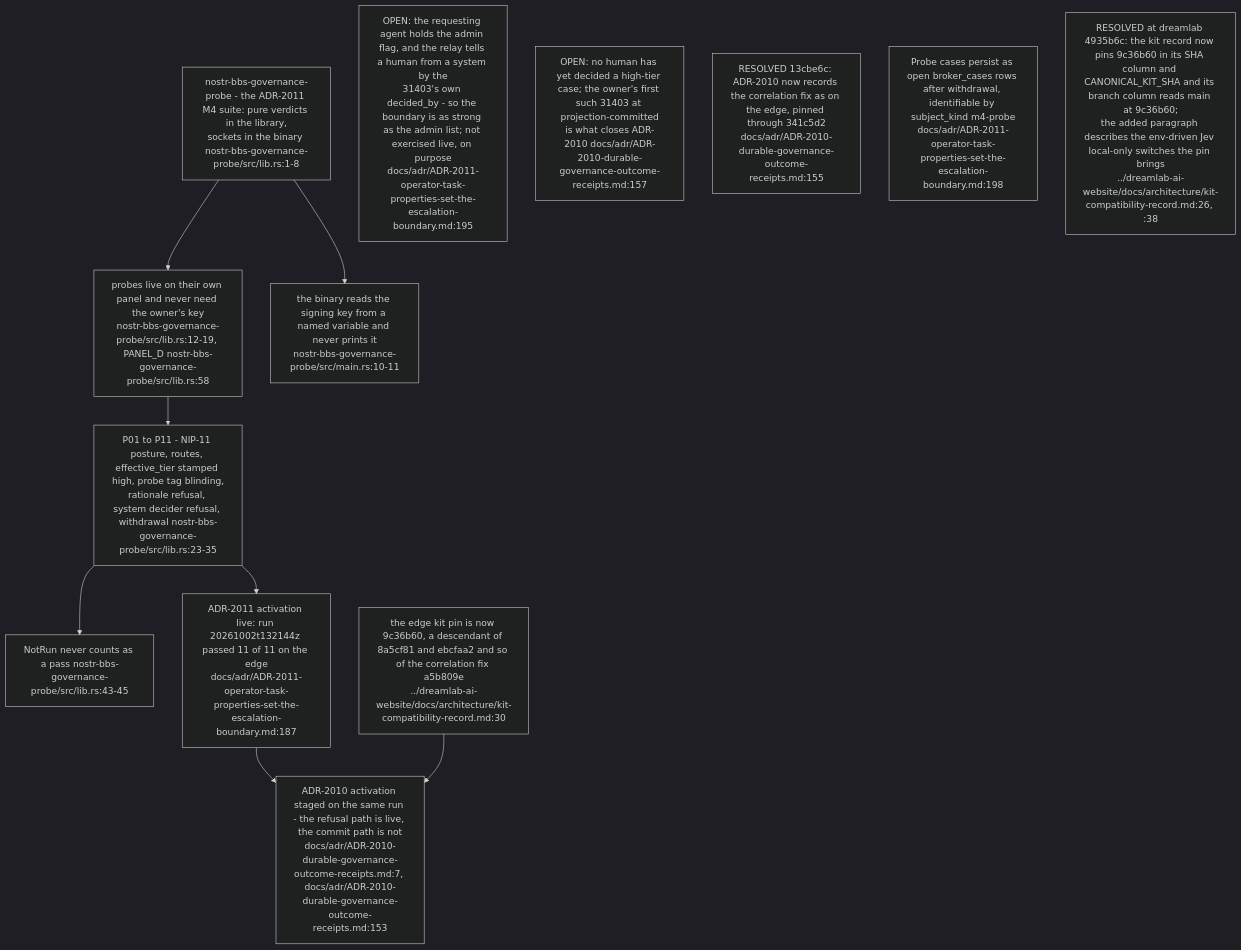
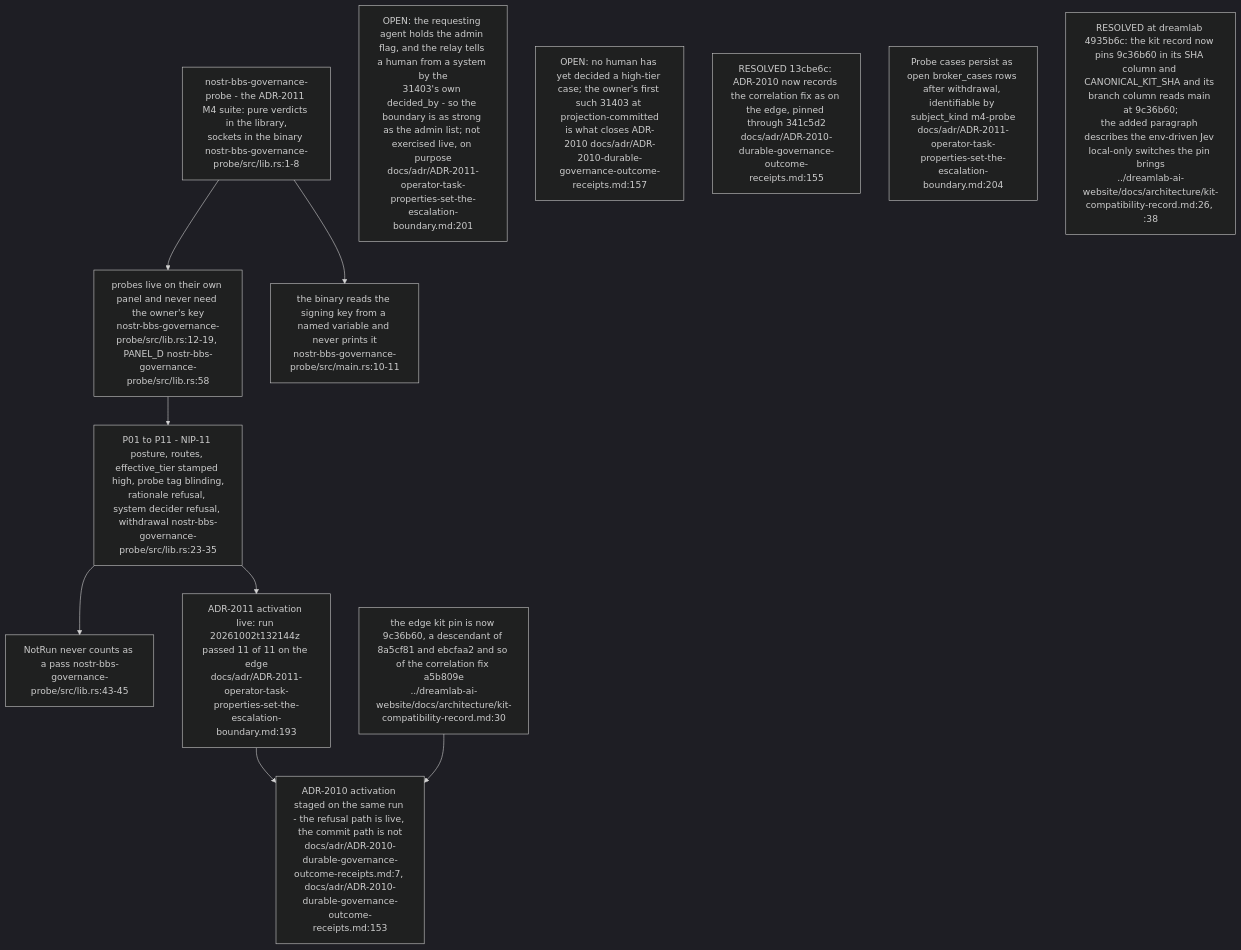
One commit to DreamLab-AI/VisionFlow changed diagram 16 of 17 in docs/diagrams/nostr-rust-forum/06-agent-control-surface-31400-31405.md. Above: the diagram before and after it, drawn with Mermaid (dark theme). The commit also changed other lines of this file and 154 other files, not shown here.

First line of the commit message:
docs(diagrams): re-stamp 154 topics whose every citation still reads the same text at the current heads

````diff
--- a/docs/diagrams/nostr-rust-forum/06-agent-control-surface-31400-31405.md
+++ b/docs/diagrams/nostr-rust-forum/06-agent-control-surface-31400-31405.md
@@ -455,22 +455,22 @@
 ```mermaid
 flowchart TB
     SUITE["nostr-bbs-governance-probe - the ADR-2011 M4 suite: pure verdicts in the library,<br/>sockets in the binary nostr-bbs-governance-probe/src/lib.rs:1-8"]
     OWN["probes live on their own panel and never need the owner's key<br/>nostr-bbs-governance-probe/src/lib.rs:12-19, PANEL_D nostr-bbs-governance-probe/src/lib.rs:58"]
     TABLE["P01 to P11 - NIP-11 posture, routes, effective_tier stamped high, probe tag blinding,<br/>rationale refusal, system decider refusal, withdrawal nostr-bbs-governance-probe/src/lib.rs:23-35"]
     NOTRUN["NotRun never counts as a pass nostr-bbs-governance-probe/src/lib.rs:43-45"]
     BIN["the binary reads the signing key from a named variable and never prints it<br/>nostr-bbs-governance-probe/src/main.rs:10-11"]
-    LIVE["ADR-2011 activation live: run 20261002t132144z passed 11 of 11 on the edge<br/>docs/adr/ADR-2011-operator-task-properties-set-the-escalation-boundary.md:187"]
+    LIVE["ADR-2011 activation live: run 20261002t132144z passed 11 of 11 on the edge<br/>docs/adr/ADR-2011-operator-task-properties-set-the-escalation-boundary.md:193"]
     REC["ADR-2010 activation staged on the same run - the refusal path is live, the commit path is not<br/>docs/adr/ADR-2010-durable-governance-outcome-receipts.md:7, docs/adr/ADR-2010-durable-governance-outcome-receipts.md:153"]
     PIN["the edge kit pin is now 9c36b60, a descendant of 8a5cf81 and ebcfaa2 and so of the correlation fix a5b809e<br/>../dreamlab-ai-website/docs/architecture/kit-compatibility-record.md:30"]
 
     SUITE --> OWN --> TABLE --> NOTRUN
     SUITE --> BIN
     TABLE --> LIVE --> REC
     PIN --> REC
 
-    N1["OPEN: the requesting agent holds the admin flag, and the relay tells a human from a system by the<br/>31403's own decided_by - so the boundary is as strong as the admin list; not exercised live, on purpose<br/>docs/adr/ADR-2011-operator-task-properties-set-the-escalation-boundary.md:195"]
+    N1["OPEN: the requesting agent holds the admin flag, and the relay tells a human from a system by the<br/>31403's own decided_by - so the boundary is as strong as the admin list; not exercised live, on purpose<br/>docs/adr/ADR-2011-operator-task-properties-set-the-escalation-boundary.md:201"]
     N2["OPEN: no human has yet decided a high-tier case; the owner's first such 31403 at projection-committed<br/>is what closes ADR-2010 docs/adr/ADR-2010-durable-governance-outcome-receipts.md:157"]
     N3["RESOLVED 13cbe6c: ADR-2010 now records the correlation fix as on the edge, pinned through 341c5d2<br/>docs/adr/ADR-2010-durable-governance-outcome-receipts.md:155"]
-    N4["Probe cases persist as open broker_cases rows after withdrawal, identifiable by subject_kind m4-probe<br/>docs/adr/ADR-2011-operator-task-properties-set-the-escalation-boundary.md:198"]
+    N4["Probe cases persist as open broker_cases rows after withdrawal, identifiable by subject_kind m4-probe<br/>docs/adr/ADR-2011-operator-task-properties-set-the-escalation-boundary.md:204"]
     N5["RESOLVED at dreamlab 4935b6c: the kit record now pins 9c36b60 in its SHA column and CANONICAL_KIT_SHA and its branch column reads main at 9c36b60;<br/>the added paragraph describes the env-driven Jev local-only switches the pin brings<br/>../dreamlab-ai-website/docs/architecture/kit-compatibility-record.md:26, :38"]
 ```
````
